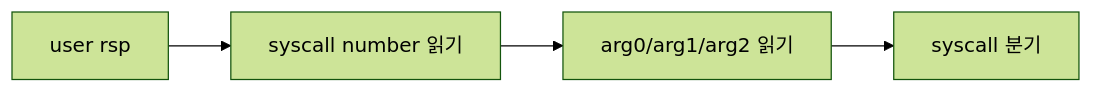
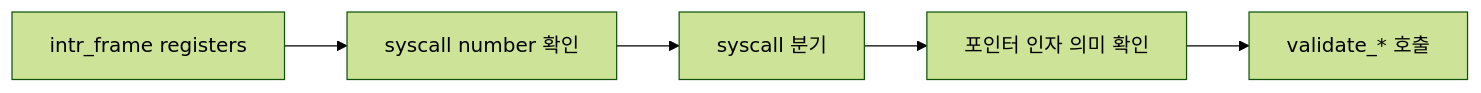
One commit to seonho12-54/PINTOS-_WEEK10 changed the fourth of 4 diagrams in pintos/doc/taejung_files/2. week2/study/2. test-notes/user_memory_access/1. feature/02-feature-user-pointer-validation.md. Above: the diagram before and after it, drawn with Mermaid (forest theme). The commit also changed other lines of this file and 8 other files, not shown here.

````diff
--- a/pintos/doc/taejung_files/2. week2/study/2. test-notes/user_memory_access/1. feature/02-feature-user-pointer-validation.md
+++ b/pintos/doc/taejung_files/2. week2/study/2. test-notes/user_memory_access/1. feature/02-feature-user-pointer-validation.md
@@ -97,6 +99,7 @@
 ```mermaid
 flowchart LR
-  RSP[user rsp] --> SYSCALL_NO[syscall number 읽기]
-  SYSCALL_NO --> ARG[arg0/arg1/arg2 읽기]
-  ARG --> DISPATCH[syscall 분기]
+  REG[intr_frame registers] --> SYSCALL_NO[syscall number 확인]
+  SYSCALL_NO --> DISPATCH[syscall 분기]
+  DISPATCH --> ARG[포인터 인자 의미 확인]
+  ARG --> VALIDATE[validate_* 호출]
 ```
````
